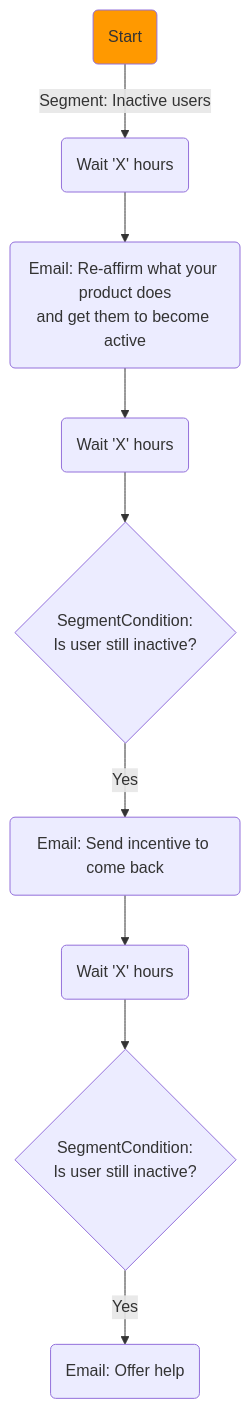
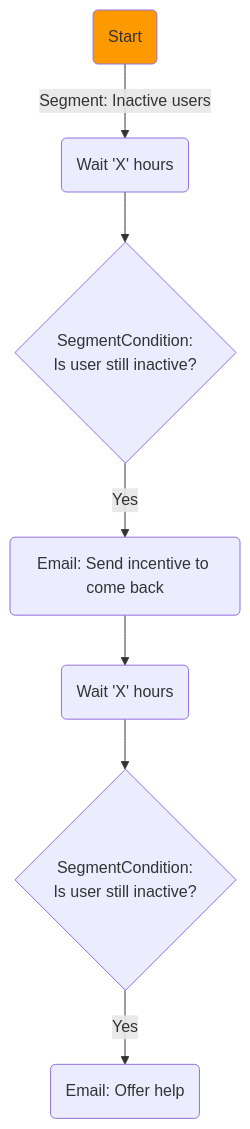
The diagram in content/pinpoint-journeys/activate-overview.md (Ryanjlowe/awsdue.tv), drawn with Mermaid before and after one commit. The commit also changed other lines of this file, not shown here.

Commit message:
Removes reference to non-existent message template to reaffirm what your product does

```diff
--- a/content/pinpoint-journeys/activate-overview.md
+++ b/content/pinpoint-journeys/activate-overview.md
@@ -10,15 +10,13 @@
 {{<mermaid align="center">}}
 graph TD;
 
     10("Start")-- Segment: Inactive users --> 20("Wait 'X' hours")
-    20 --> 30("Email: Re-affirm what your product does<br/>and get them to become active")
-    30 --> 40("Wait 'X' hours")
-    40 --> 50{SegmentCondition:<br/>Is user still inactive?}
+    20 --> 50{SegmentCondition:<br/>Is user still inactive?}
     50 -- Yes --> 60("Email: Send incentive to come back")
     60 --> 70("Wait 'X' hours")
     70 --> 80{SegmentCondition:<br/>Is user still inactive?}
     80 -- Yes --> 90("Email: Offer help")
     
     style 10 fill:#FF9900
     
 {{< /mermaid >}}
```
